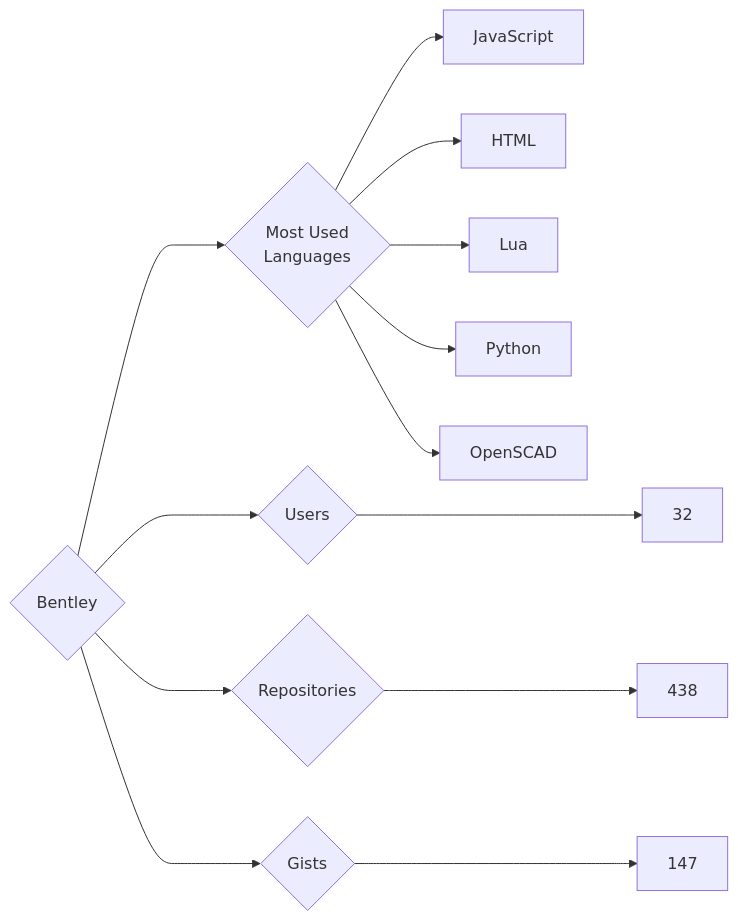
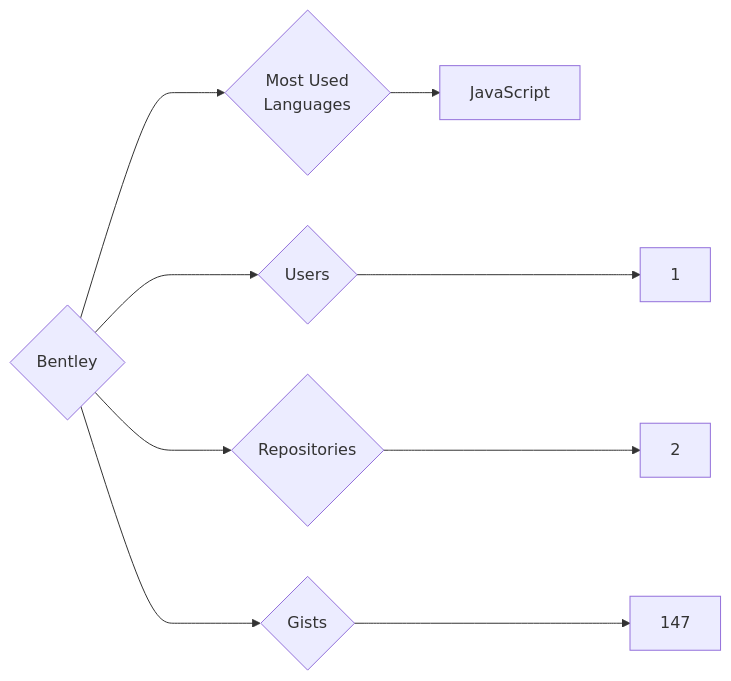
Before and after one commit to trickest/insiders: the diagram in targets/Bentley/README.md, drawn with Mermaid. The commit also changed 736 other files, not shown here.

````diff
--- a/targets/Bentley/README.md
+++ b/targets/Bentley/README.md
@@ -3,13 +3,9 @@
 ```mermaid
 graph LR
 COMPANY_NAME{Bentley}
-COMPANY_NAME ---> U{Users} ---> UN[32]
-COMPANY_NAME ---> R{Repositories} ---> RN[438]
+COMPANY_NAME ---> U{Users} ---> UN[1]
+COMPANY_NAME ---> R{Repositories} ---> RN[2]
 COMPANY_NAME ---> G{Gists} ---> GN[147]
 COMPANY_NAME ---> ML{Most Used<br>Languages}
 ML --> JavaScript[JavaScript]
-ML --> HTML[HTML]
-ML --> Lua[Lua]
-ML --> Python[Python]
-ML --> OpenSCAD[OpenSCAD]
 ```
````
